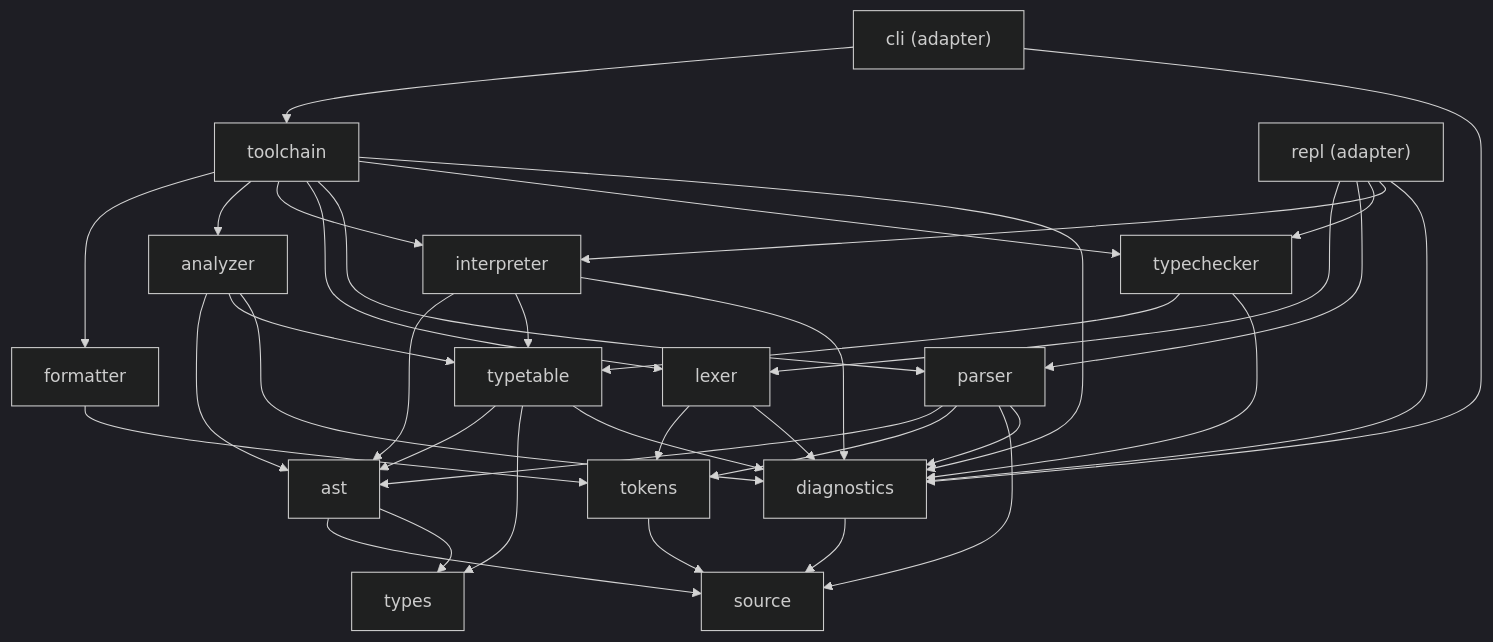
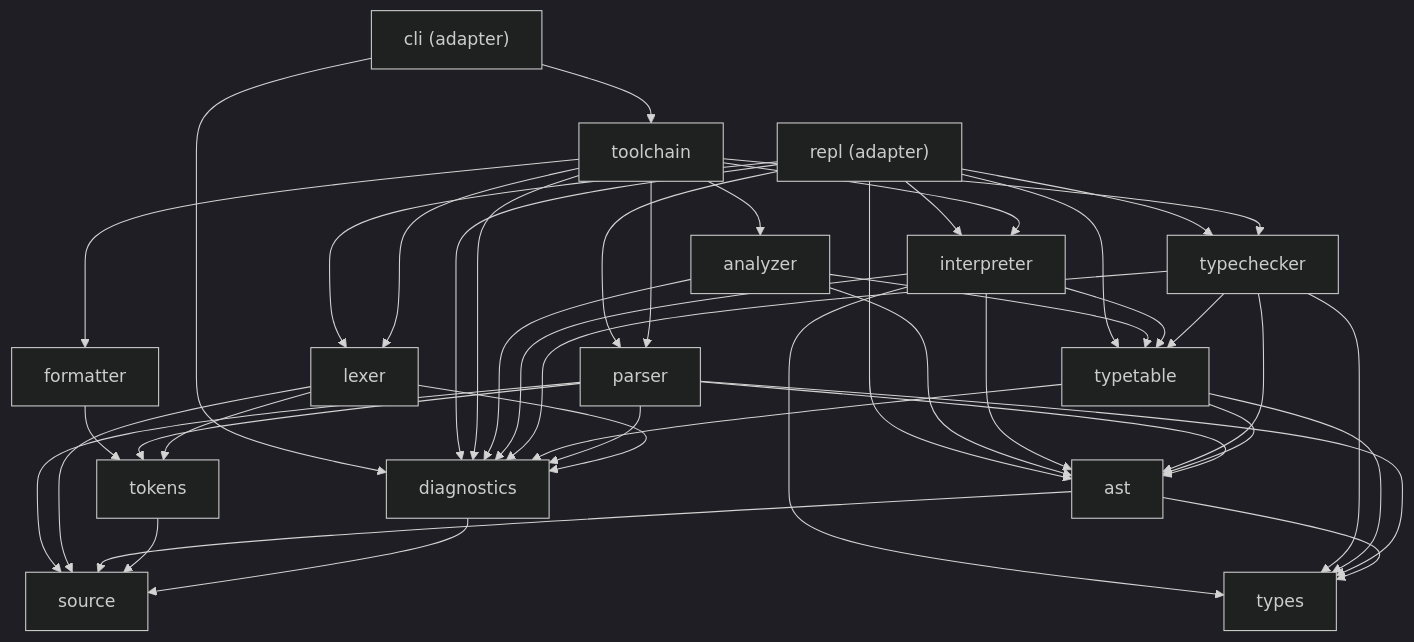
Before and after one commit to GarroteSantiago/printscript: the first of 3 diagrams in docs/architecture.md, drawn with Mermaid (dark theme). The commit also changed other lines of this file and 22 other files, not shown here.

````diff
--- a/docs/architecture.md
+++ b/docs/architecture.md
@@ -50,39 +55,46 @@
 ```mermaid
 graph TD
     cli["cli (adapter)"] --> toolchain
     cli --> diagnostics
-    repl["repl (adapter)"] --> lexer
+    repl --> lexer
     repl --> parser
     repl --> typechecker
+    repl --> typetable
     repl --> interpreter
+    repl["repl (adapter)"] --> ast
+    repl --> diagnostics
+    toolchain --> diagnostics
+    toolchain --> parser
+    toolchain --> typechecker
+    toolchain --> interpreter
     toolchain --> formatter
     toolchain --> analyzer
-    toolchain --> interpreter
     toolchain --> lexer
-    toolchain --> parser
-    toolchain --> typechecker
+    formatter --> tokens
+    analyzer --> diagnostics
+    analyzer --> ast
+    analyzer --> typetable
+    interpreter --> diagnostics
     interpreter --> ast
     interpreter --> typetable
-    formatter --> tokens
-    analyzer --> ast
-    analyzer --> typetable
+    interpreter --> types
+    typechecker --> diagnostics
+    typechecker --> ast
     typechecker --> typetable
+    typechecker --> types
+    typetable --> diagnostics
     typetable --> ast
     typetable --> types
+    parser --> diagnostics
+    parser --> source
+    parser --> types
     parser --> ast
     parser --> tokens
+    lexer --> diagnostics
+    lexer --> source
+    lexer --> tokens
     ast --> source
-    parser --> source
     ast --> types
-    lexer --> tokens
     tokens --> source
     diagnostics --> source
-    lexer --> diagnostics
-    parser --> diagnostics
-    typetable --> diagnostics
-    typechecker --> diagnostics
-    interpreter --> diagnostics
-    analyzer --> diagnostics
-    toolchain --> diagnostics
-    repl --> diagnostics
 ```
````
